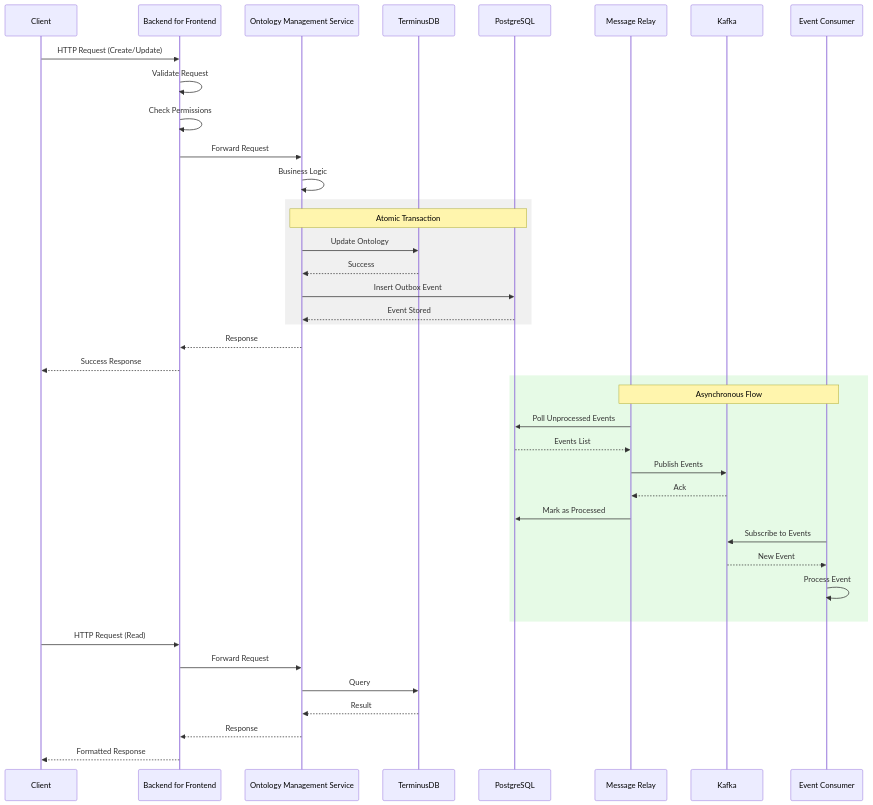
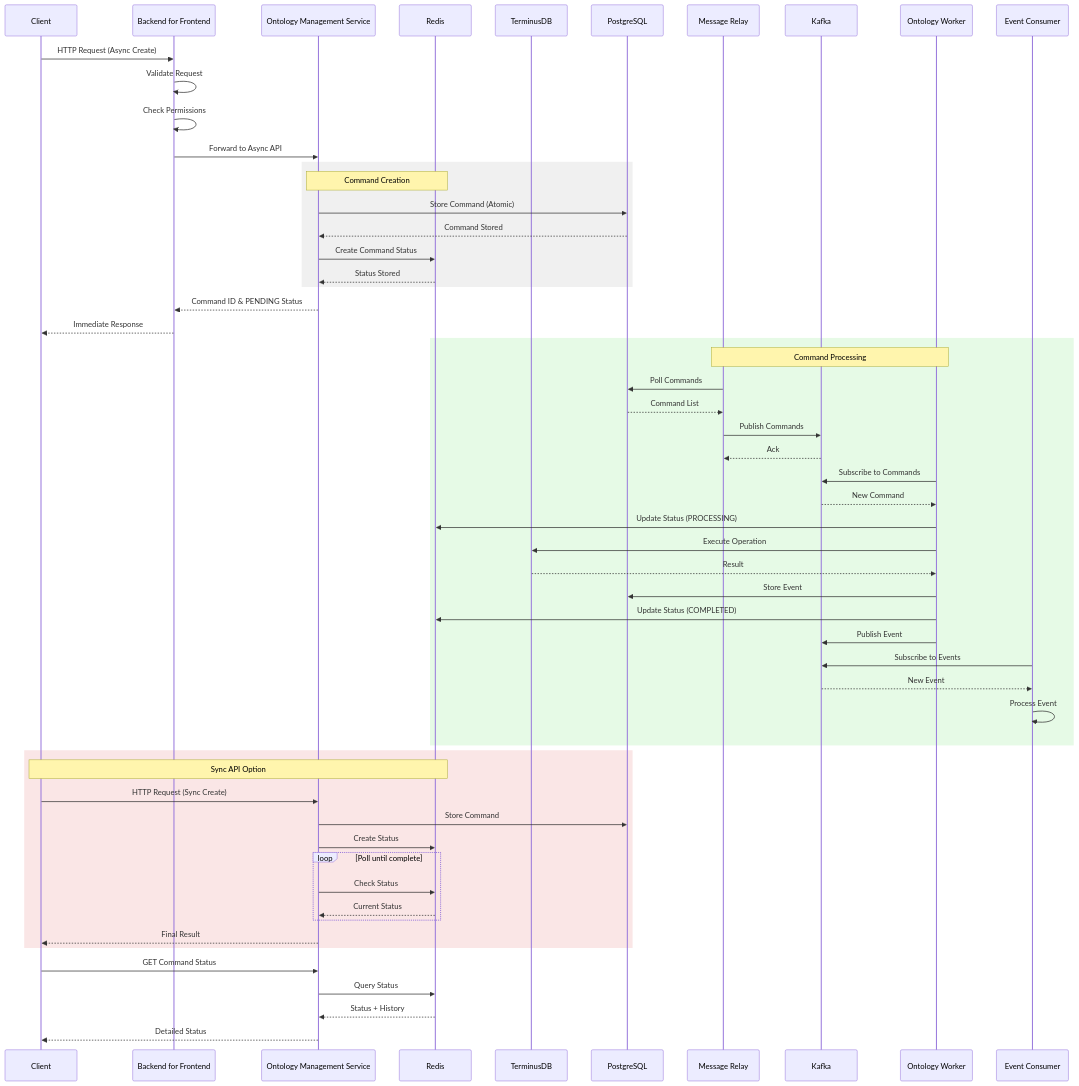
One commit to ludia8888/SPICE-Harvester changed the third of 3 diagrams in docs/architecture/README.md. Above: the diagram before and after it, drawn with Mermaid. The commit also changed other lines of this file and 43 other files, not shown here.

````diff
--- a/docs/architecture/README.md
+++ b/docs/architecture/README.md
@@ -236,54 +320,76 @@
 ```mermaid
 sequenceDiagram
     %% Service Interaction Flow with Outbox Pattern
     
     participant Client
     participant BFF as Backend for Frontend
     participant OMS as Ontology Management Service
+    participant Redis
     participant DB as TerminusDB
     participant PG as PostgreSQL
     participant Relay as Message Relay
     participant Kafka
+    participant Worker as Ontology Worker
     participant Consumer as Event Consumer
     
-    %% Create/Update Request Flow with Outbox Pattern
-    Client->>BFF: HTTP Request (Create/Update)
+    %% Async API Flow with Command/Event Sourcing
+    Client->>BFF: HTTP Request (Async Create)
     BFF->>BFF: Validate Request
     BFF->>BFF: Check Permissions
     
-    BFF->>OMS: Forward Request
-    OMS->>OMS: Business Logic
+    BFF->>OMS: Forward to Async API
     
     rect rgb(240, 240, 240)
-        Note over OMS,PG: Atomic Transaction
-        OMS->>DB: Update Ontology
-        DB-->>OMS: Success
-        OMS->>PG: Insert Outbox Event
-        PG-->>OMS: Event Stored
+        Note over OMS,Redis: Command Creation
+        OMS->>PG: Store Command (Atomic)
+        PG-->>OMS: Command Stored
+        OMS->>Redis: Create Command Status
+        Redis-->>OMS: Status Stored
     end
     
-    OMS-->>BFF: Response
-    BFF-->>Client: Success Response
+    OMS-->>BFF: Command ID & PENDING Status
+    BFF-->>Client: Immediate Response
     
-    %% Asynchronous Event Processing
+    %% Asynchronous Processing Flow
     rect rgb(230, 250, 230)
-        Note over Relay,Consumer: Asynchronous Flow
-        Relay->>PG: Poll Unprocessed Events
-        PG-->>Relay: Events List
-        Relay->>Kafka: Publish Events
+        Note over Relay,Worker: Command Processing
+        Relay->>PG: Poll Commands
+        PG-->>Relay: Command List
+        Relay->>Kafka: Publish Commands
         Kafka-->>Relay: Ack
-        Relay->>PG: Mark as Processed
+        
+        Worker->>Kafka: Subscribe to Commands
+        Kafka-->>Worker: New Command
+        Worker->>Redis: Update Status (PROCESSING)
+        Worker->>DB: Execute Operation
+        DB-->>Worker: Result
+        Worker->>PG: Store Event
+        Worker->>Redis: Update Status (COMPLETED)
+        Worker->>Kafka: Publish Event
         
         Consumer->>Kafka: Subscribe to Events
         Kafka-->>Consumer: New Event
         Consumer->>Consumer: Process Event
     end
     
-    %% Read Request Flow (unchanged)
-    Client->>BFF: HTTP Request (Read)
-    BFF->>OMS: Forward Request
-    OMS->>DB: Query
-    DB-->>OMS: Result
-    OMS-->>BFF: Response
-    BFF-->>Client: Formatted Response
+    %% Sync API Flow with Polling
+    rect rgb(250, 230, 230)
+        Note over Client,Redis: Sync API Option
+        Client->>OMS: HTTP Request (Sync Create)
+        OMS->>PG: Store Command
+        OMS->>Redis: Create Status
+        
+        loop Poll until complete
+            OMS->>Redis: Check Status
+            Redis-->>OMS: Current Status
+        end
+        
+        OMS-->>Client: Final Result
+    end
+    
+    %% Status Check Flow
+    Client->>OMS: GET Command Status
+    OMS->>Redis: Query Status
+    Redis-->>OMS: Status + History
+    OMS-->>Client: Detailed Status
 ```
````
